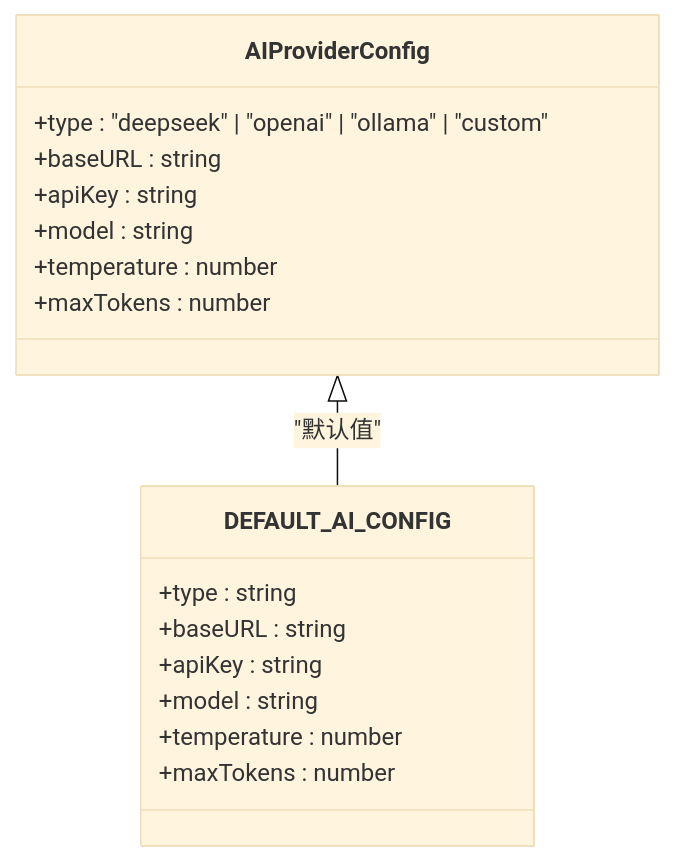
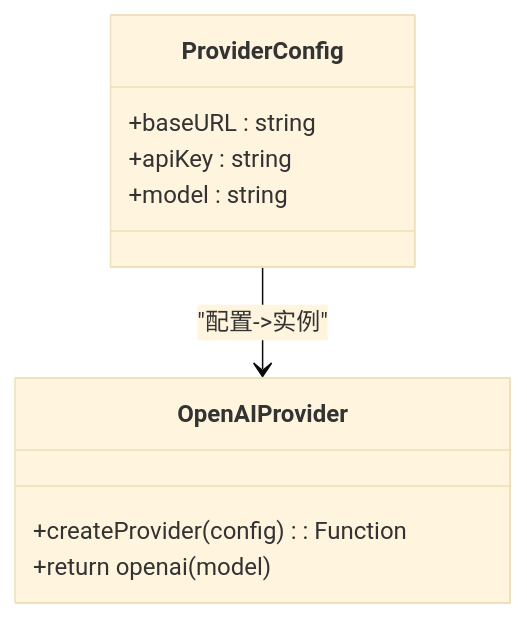
The third of 7 diagrams in .qoder/repowiki/zh/content/AI集成模块/AI集成模块.md (aHin0805/FH6CarSettingAgent), drawn with Mermaid (base theme) before and after one commit. The commit also changed other lines of this file and 12 other files, not shown here.

````diff
--- a/.qoder/repowiki/zh/content/AI集成模块/AI集成模块.md
+++ b/.qoder/repowiki/zh/content/AI集成模块/AI集成模块.md
@@ -140,20 +148,13 @@
 ```mermaid
 classDiagram
-class AIProviderConfig {
-+type : "deepseek" | "openai" | "ollama" | "custom"
+class ProviderConfig {
 +baseURL : string
 +apiKey : string
 +model : string
-+temperature : number
-+maxTokens : number
 }
-class DEFAULT_AI_CONFIG {
-+type : string
-+baseURL : string
-+apiKey : string
-+model : string
-+temperature : number
-+maxTokens : number
+class OpenAIProvider {
++createProvider(config) : Function
++return openai(model)
 }
-AIProviderConfig <|-- DEFAULT_AI_CONFIG : "默认值"
+ProviderConfig --> OpenAIProvider : "配置->实例"
 ```
````
